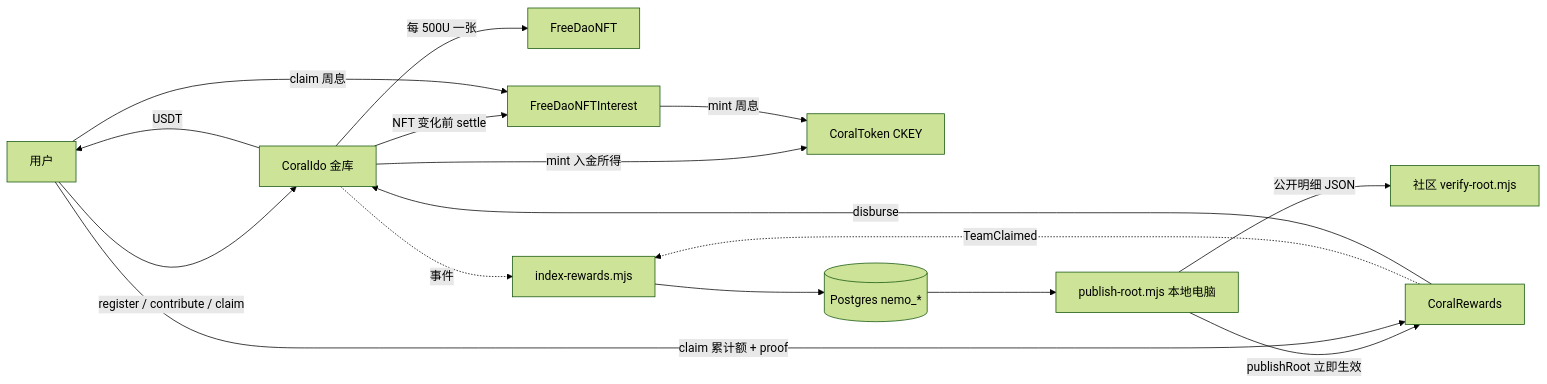
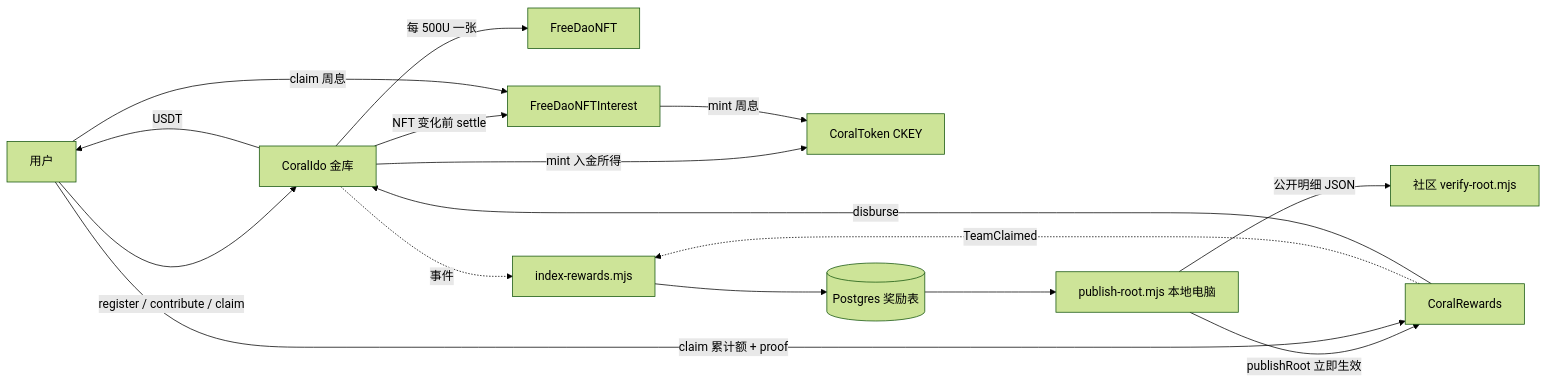
One commit to jackoelv/coral changed the first of 2 diagrams in FUNCTIONAL-REPORT.md. Above: the diagram before and after it, drawn with Mermaid (forest theme). The commit also changed other lines of this file and 5 other files, not shown here.

````diff
--- a/FUNCTIONAL-REPORT.md
+++ b/FUNCTIONAL-REPORT.md
@@ -18,18 +20,18 @@
 ```mermaid
 flowchart LR
   User[用户] -->|register / contribute / claim| Vault[CoralIdo 金库]
   Vault -->|mint 入金所得| Token[CoralToken CKEY]
   Vault -->|每 500U 一张| NFT[FreeDaoNFT]
   Vault -->|NFT 变化前 settle| Interest[FreeDaoNFTInterest]
   User -->|claim 周息| Interest
   Interest -->|mint 周息| Token
   Vault -.事件.-> Indexer[index-rewards.mjs]
   Rewards -.TeamClaimed.-> Indexer
-  Indexer --> DB[(Postgres nemo_*)]
+  Indexer --> DB[(Postgres 奖励表)]
   DB --> Publisher[publish-root.mjs 本地电脑]
   Publisher -->|publishRoot 立即生效| Rewards[CoralRewards]
   Publisher -->|公开明细 JSON| Public[社区 verify-root.mjs]
   User -->|claim 累计额 + proof| Rewards
   Rewards -->|disburse| Vault
   Vault -->|USDT| User
 ```
````
